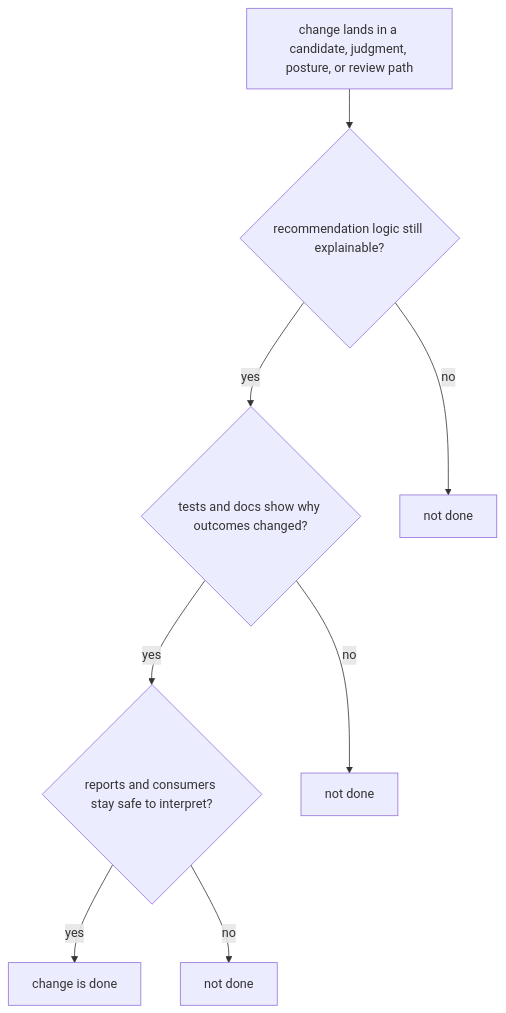
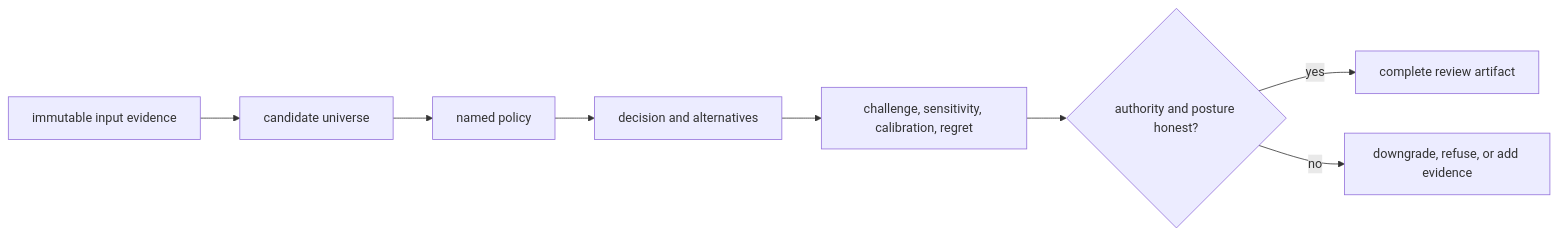
Before and after one commit to bijux/bijux-proteomics: the diagram in docs/05-bijux-proteomics-intelligence/quality/definition-of-done.md, drawn with Mermaid. The commit also changed other lines of this file and 2 other files, not shown here.

Commit message:
docs(intelligence): expose decision evidence limits

````diff
--- a/docs/05-bijux-proteomics-intelligence/quality/definition-of-done.md
+++ b/docs/05-bijux-proteomics-intelligence/quality/definition-of-done.md
@@ -18,16 +32,10 @@
 ```mermaid
-flowchart TB
-    change["change lands in a candidate, judgment, posture, or review path"]
-    logic{"recommendation logic still explainable?"}
-    proof{"tests and docs show why outcomes changed?"}
-    downstream{"reports and consumers stay safe to interpret?"}
-    done["change is done"]
-
-    change --> logic
-    logic -->|yes| proof
-    logic -->|no| block1["not done"]
-    proof -->|yes| downstream
-    proof -->|no| block2["not done"]
-    downstream -->|yes| done
-    downstream -->|no| block3["not done"]
+flowchart LR
+    I["immutable input evidence"] --> C["candidate universe"]
+    C --> P["named policy"]
+    P --> D["decision and alternatives"]
+    D --> H["challenge, sensitivity, calibration, regret"]
+    H --> A{"authority and posture honest?"}
+    A -->|yes| R["complete review artifact"]
+    A -->|no| B["downgrade, refuse, or add evidence"]
 ```
````
